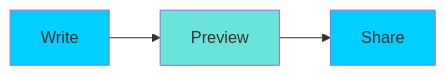
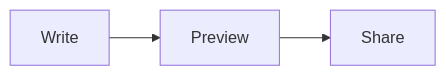
One commit to sraphaz/mermaidEyes changed the first of 4 diagrams in extension/media/welcome.md. Above: the diagram before and after it, drawn with Mermaid. The commit also changed other lines of this file and 19 other files, not shown here.

````diff
--- a/extension/media/welcome.md
+++ b/extension/media/welcome.md
@@ -43,8 +54,5 @@
 ```mermaid
 graph LR
   A[Write] --> B[Preview]
   B --> C[Share]
-  style A fill:#00CFFF
-  style B fill:#6AE3D9
-  style C fill:#00CFFF
 ```
````
